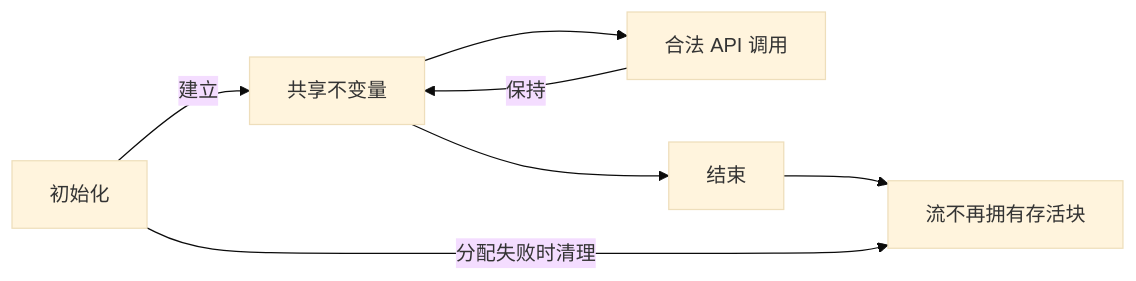
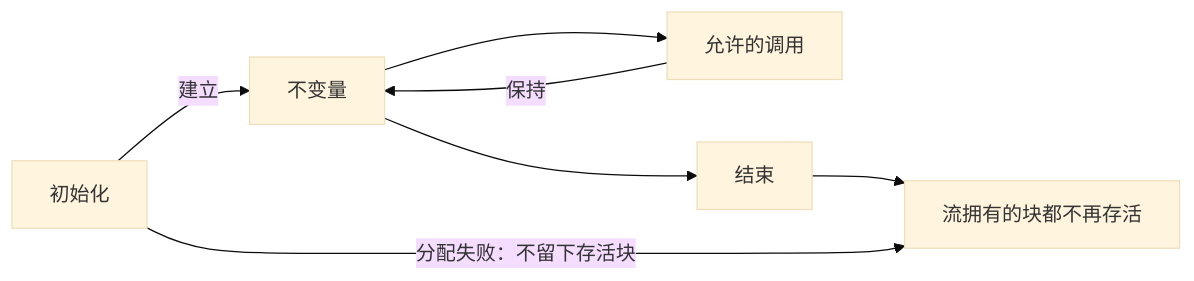
The diagram in docs/spec/safety.zh.md (cla7aye15I4nd/oss-proof), drawn with Mermaid (base theme) before and after one commit. The commit also changed other lines of this file and 5 other files, not shown here.

````diff
--- a/docs/spec/safety.zh.md
+++ b/docs/spec/safety.zh.md
@@ -71,9 +158,9 @@
 ```mermaid
 flowchart LR
-    I[初始化] -->|建立| V[共享不变量]
-    V --> A[合法 API 调用]
+    I[初始化] -->|建立| V[不变量]
+    V --> A[允许的调用]
     A -->|保持| V
     V --> E[结束]
-    E --> Z[流不再拥有存活块]
-    I -->|分配失败时清理| Z
+    E --> Z[流拥有的块都不再存活]
+    I -->|分配失败：不留下存活块| Z
 ```
````
